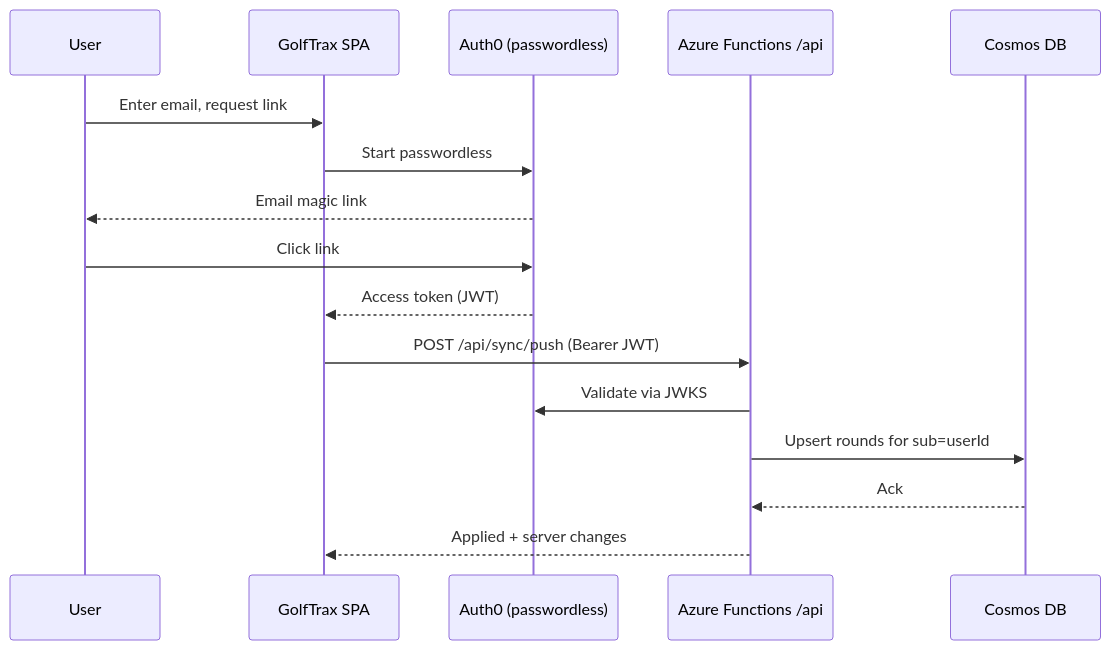
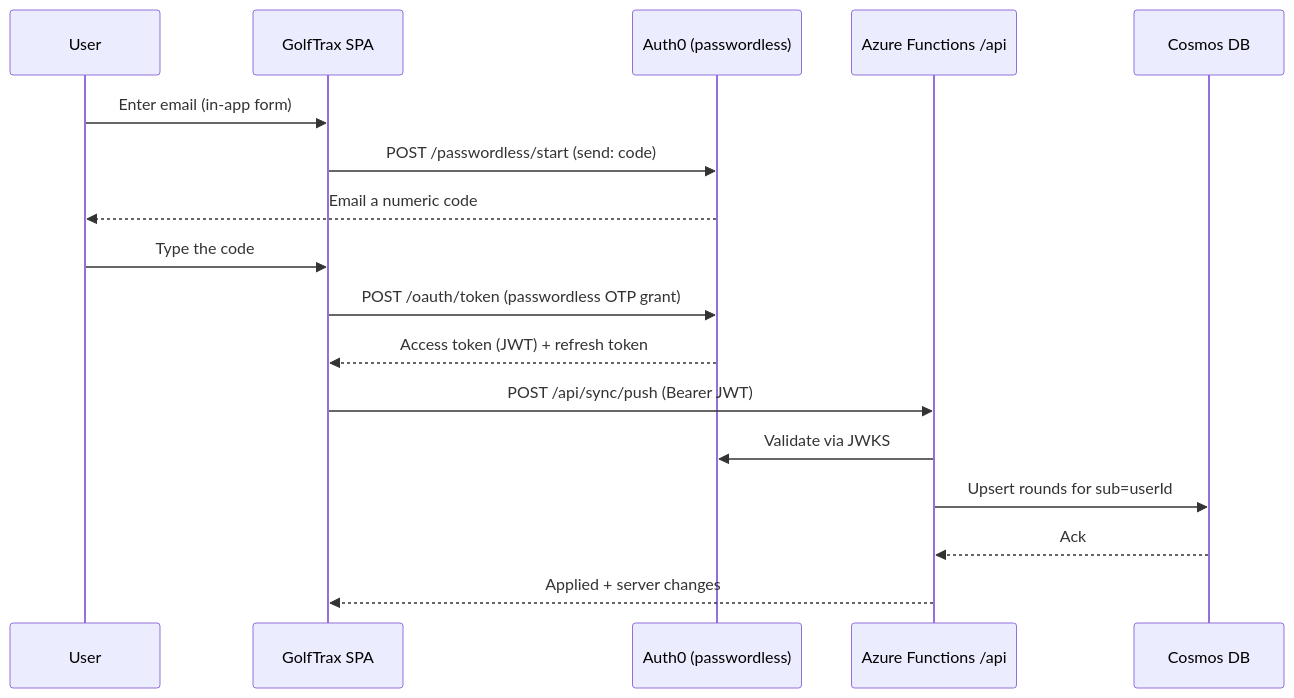
Before and after one commit to mglace/golf-trax: the diagram in docs/PHASE2.md, drawn with Mermaid. The commit also changed other lines of this file and 11 other files, not shown here.

````diff
--- a/docs/PHASE2.md
+++ b/docs/PHASE2.md
@@ -87,18 +103,19 @@
 ```mermaid
 sequenceDiagram
   participant U as User
   participant SPA as GolfTrax SPA
   participant A0 as Auth0 (passwordless)
   participant Fn as Azure Functions /api
   participant DB as Cosmos DB
-  U->>SPA: Enter email, request link
-  SPA->>A0: Start passwordless
-  A0-->>U: Email magic link
-  U->>A0: Click link
-  A0-->>SPA: Access token (JWT)
+  U->>SPA: Enter email (in-app form)
+  SPA->>A0: POST /passwordless/start (send: code)
+  A0-->>U: Email a numeric code
+  U->>SPA: Type the code
+  SPA->>A0: POST /oauth/token (passwordless OTP grant)
+  A0-->>SPA: Access token (JWT) + refresh token
   SPA->>Fn: POST /api/sync/push (Bearer JWT)
   Fn->>A0: Validate via JWKS
   Fn->>DB: Upsert rounds for sub=userId
   DB-->>Fn: Ack
   Fn-->>SPA: Applied + server changes
 ```
````
